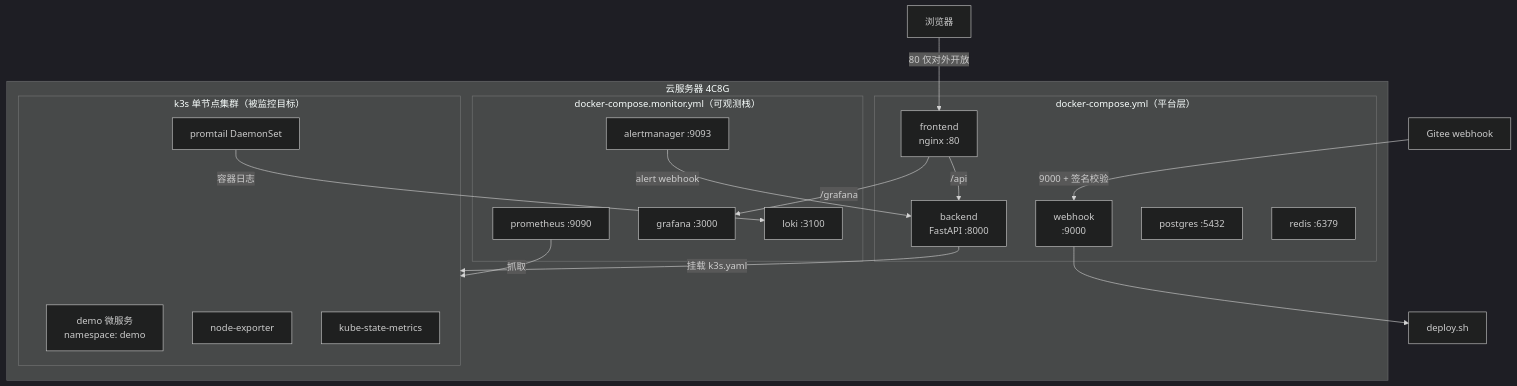
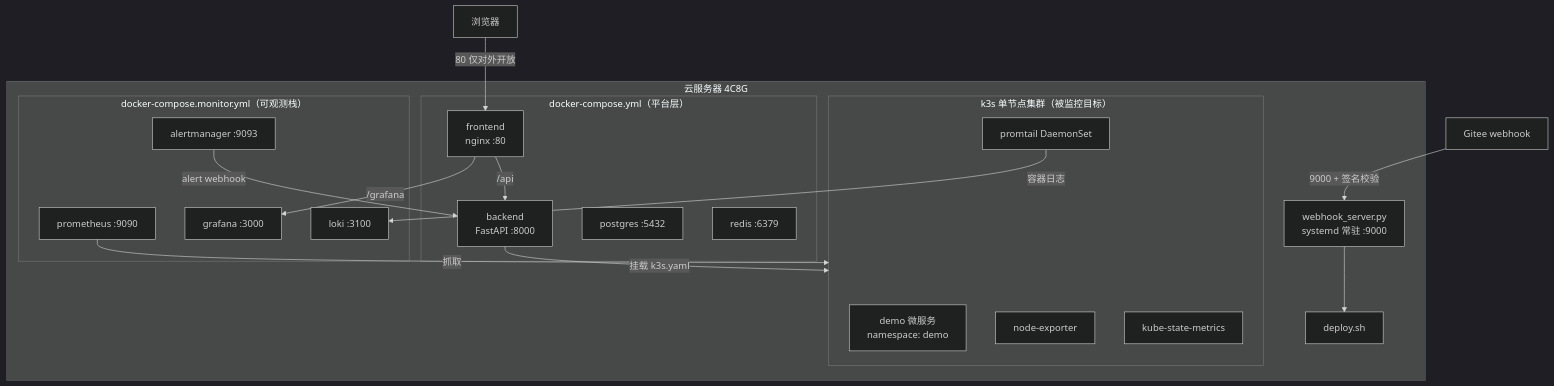
Before and after one commit to nobodycse/kairos: the second of 5 diagrams in docs/architecture.md, drawn with Mermaid (dark theme). The commit also changed other lines of this file and 45 other files, not shown here.

````diff
--- a/docs/architecture.md
+++ b/docs/architecture.md
@@ -124,36 +124,38 @@
 ```mermaid
 flowchart TB
     subgraph SERVER["云服务器 4C8G"]
+        WH["webhook_server.py<br/>systemd 常驻 :9000"]
+        DEPLOY["deploy.sh"]
+
         subgraph K3S["k3s 单节点集群（被监控目标）"]
             DEMO["demo 微服务<br/>namespace: demo"]
             NE["node-exporter"]
             KSM["kube-state-metrics"]
             PT["promtail DaemonSet"]
         end
 
         subgraph COMPOSE_APP["docker-compose.yml（平台层）"]
             NGINX["frontend<br/>nginx :80"]
             BE["backend<br/>FastAPI :8000"]
-            WH["webhook<br/>:9000"]
             PGR["postgres :5432"]
             RDS["redis :6379"]
         end
 
         subgraph COMPOSE_MON["docker-compose.monitor.yml（可观测栈）"]
             PROM2["prometheus :9090"]
             AM["alertmanager :9093"]
             GRAF2["grafana :3000"]
             LOKI2["loki :3100"]
         end
     end
 
     USER["浏览器"] -->|"80 仅对外开放"| NGINX
     NGINX -->|"/api"| BE
     NGINX -->|"/grafana"| GRAF2
     GITEE["Gitee webhook"] -->|"9000 + 签名校验"| WH
-    WH --> DEPLOY["deploy.sh"]
+    WH --> DEPLOY
     BE -->|"挂载 k3s.yaml"| K3S
     PROM2 -->|"抓取"| K3S
     PT -->|"容器日志"| LOKI2
     AM -->|"alert webhook"| BE
 ```
````
